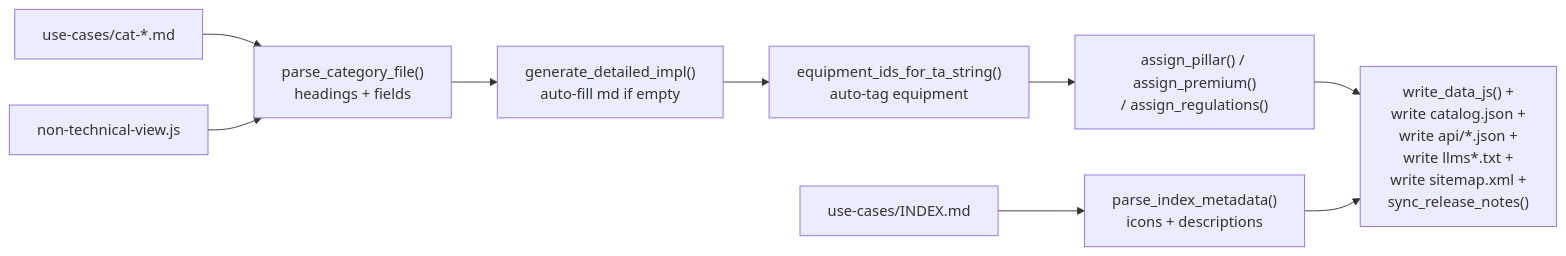
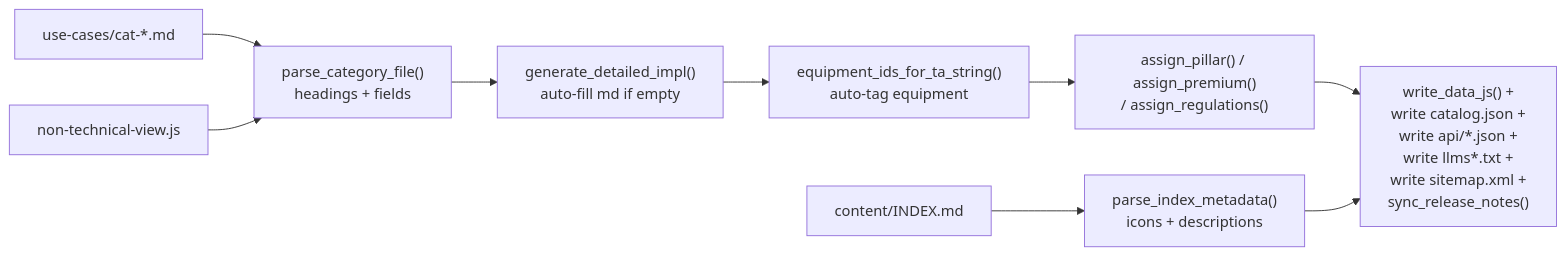
The second of 4 diagrams in docs/DESIGN.md (fenre/splunk-monitoring-use-cases), drawn with Mermaid before and after one commit. The commit also changed other lines of this file and 105 other files, not shown here.

````diff
--- a/docs/DESIGN.md
+++ b/docs/DESIGN.md
@@ -304,18 +304,18 @@
 ```mermaid
 flowchart LR
     in1["use-cases/cat-*.md"]
-    in2["use-cases/INDEX.md"]
+    in2["content/INDEX.md"]
     in3["non-technical-view.js"]
     stage1["parse_category_file()<br/>headings + fields"]
     stage2["parse_index_metadata()<br/>icons + descriptions"]
     stage3["generate_detailed_impl()<br/>auto-fill md if empty"]
     stage4["equipment_ids_for_ta_string()<br/>auto-tag equipment"]
     stage5["assign_pillar() / assign_premium()<br/>/ assign_regulations()"]
     stage6["write_data_js() +<br/>write catalog.json +<br/>write api/*.json +<br/>write llms*.txt +<br/>write sitemap.xml +<br/>sync_release_notes()"]
 
     in1 --> stage1
     in2 --> stage2
     in3 --> stage1
     stage1 --> stage3 --> stage4 --> stage5 --> stage6
     stage2 --> stage6
 ```
````
